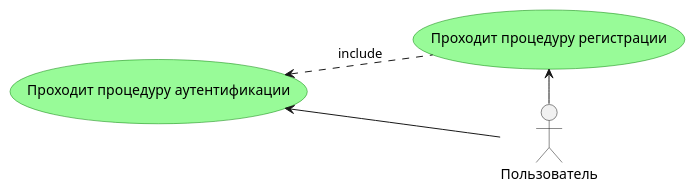
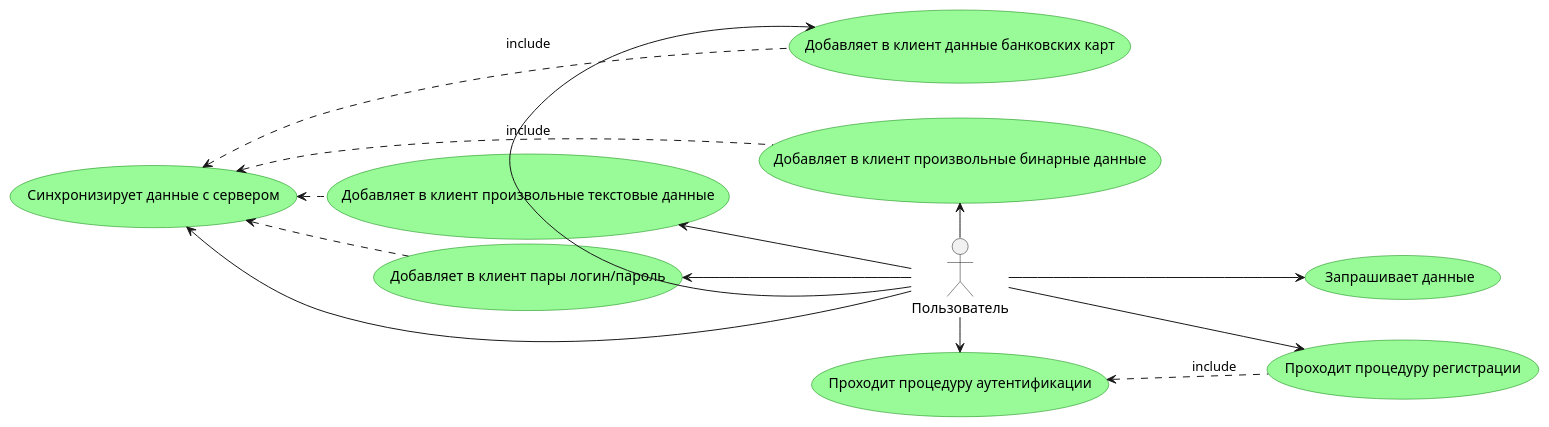
The diagram in doc/usecases.plantuml (ShukinDmitriy/GophKeeper), drawn with PlantUML before and after one commit. The commit also changed 26 other files, not shown here.

```diff
--- a/doc/usecases.plantuml
+++ b/doc/usecases.plantuml
@@ -1,13 +1,29 @@
 @startuml usecase
 
 left to right direction
 actor Пользователь as u
 
 usecase UC1 as "Проходит процедуру регистрации" #palegreen;line:green
 usecase UC2 as "Проходит процедуру аутентификации" #palegreen;line:green
+usecase UC3 as "Добавляет в клиент пары логин/пароль" #palegreen;line:green
+usecase UC4 as "Добавляет в клиент произвольные текстовые данные" #palegreen;line:green
+usecase UC5 as "Добавляет в клиент произвольные бинарные данные" #palegreen;line:green
+usecase UC6 as "Добавляет в клиент данные банковских карт" #palegreen;line:green
+usecase UC7 as "Синхронизирует данные с сервером" #palegreen;line:green
+usecase UC8 as "Запрашивает данные" #palegreen;line:green
 
 u -left-> UC1
 u -right-> UC2
 (UC1) .up-> (UC2) : include
+u -left-> UC3
+u -left-> UC4
+u -left-> UC5
+u -left-> UC6
+u -down-> UC7
+u -down-> UC8
+(UC3) .left-> (UC7) : include
+(UC4) .left-> (UC7) : include
+(UC5) .up-> (UC7) : include
+(UC6) .up-> (UC7) : include
 
 @enduml
```
